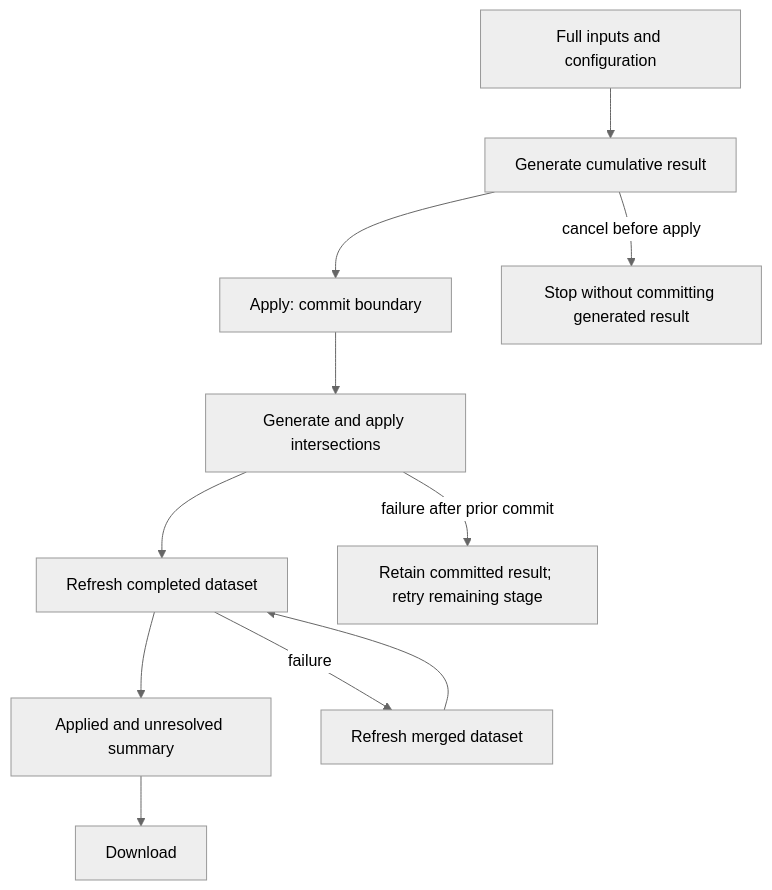
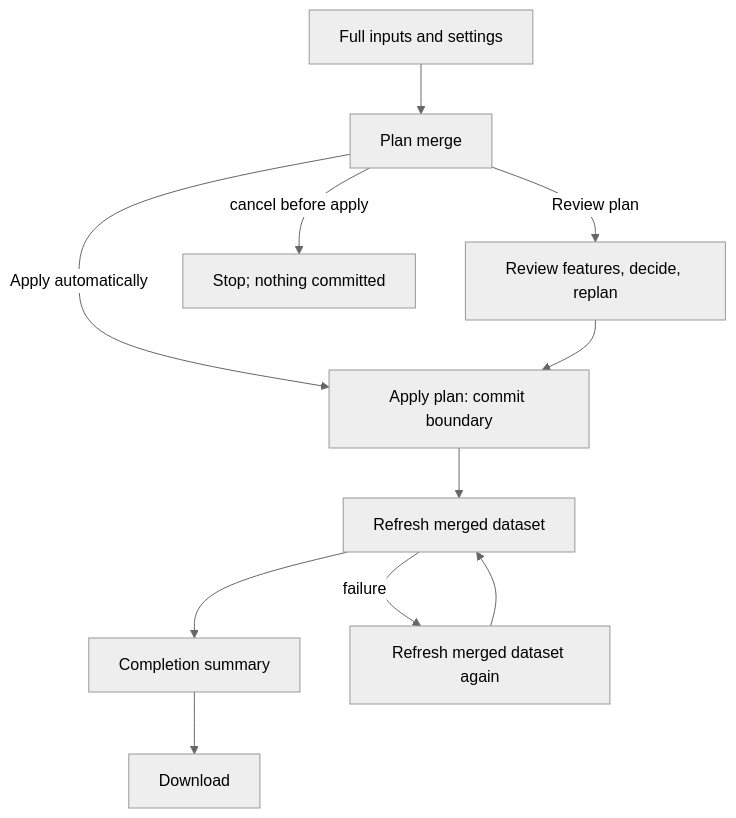
One commit to conveyal/osmix changed the fifth of 5 diagrams in docs/merge-process.md. Above: the diagram before and after it, drawn with Mermaid (neutral theme). The commit also changed other lines of this file and 694 other files, not shown here.

First line of the commit message:
Re-design merge app for better flow (#242)

````diff
--- a/docs/merge-process.md
+++ b/docs/merge-process.md
@@ -417,13 +471,13 @@
 ```mermaid
 flowchart TD
-  Ready["Full inputs and configuration"] --> Generate["Generate cumulative result"]
-  Generate --> Apply["Apply: commit boundary"]
-  Generate -->|"cancel before apply"| Cancelled["Stop without committing generated result"]
-  Apply --> Intersections["Generate and apply intersections"]
-  Intersections --> Refresh["Refresh completed dataset"]
-  Refresh --> Summary["Applied and unresolved summary"]
+  Ready["Full inputs and settings"] --> Plan["Plan merge"]
+  Plan -->|"Apply automatically"| Apply["Apply plan: commit boundary"]
+  Plan -->|"Review plan"| Review["Review features, decide, replan"]
+  Review --> Apply
+  Plan -->|"cancel before apply"| Cancelled["Stop; nothing committed"]
+  Apply --> Refresh["Refresh merged dataset"]
+  Refresh --> Summary["Completion summary"]
   Summary --> Download["Download"]
-  Intersections -->|"failure after prior commit"| Retry["Retain committed result; retry remaining stage"]
-  Refresh -->|"failure"| RetryRefresh["Refresh merged dataset"]
+  Refresh -->|"failure"| RetryRefresh["Refresh merged dataset again"]
   RetryRefresh --> Refresh
 ```
````
